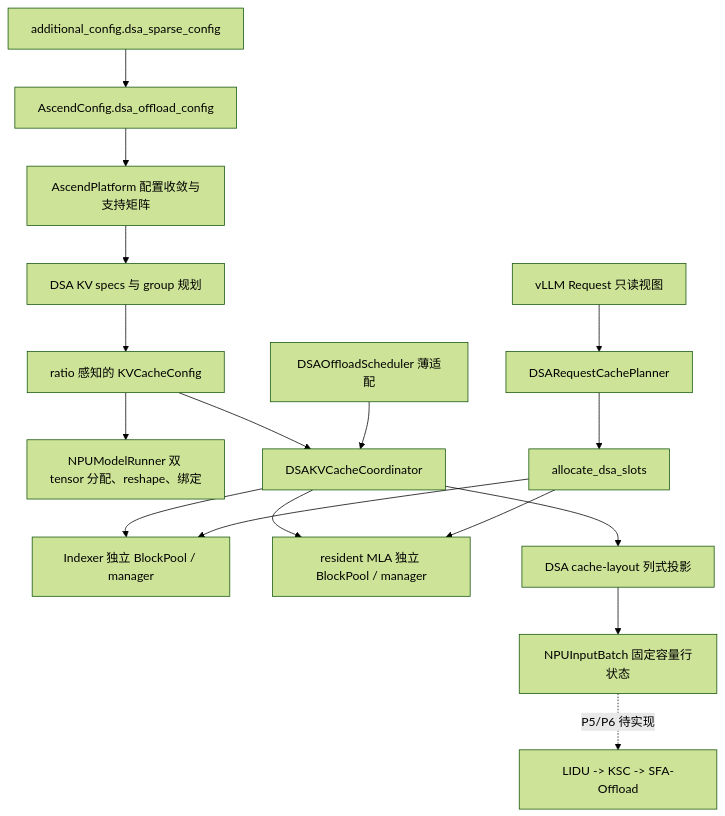
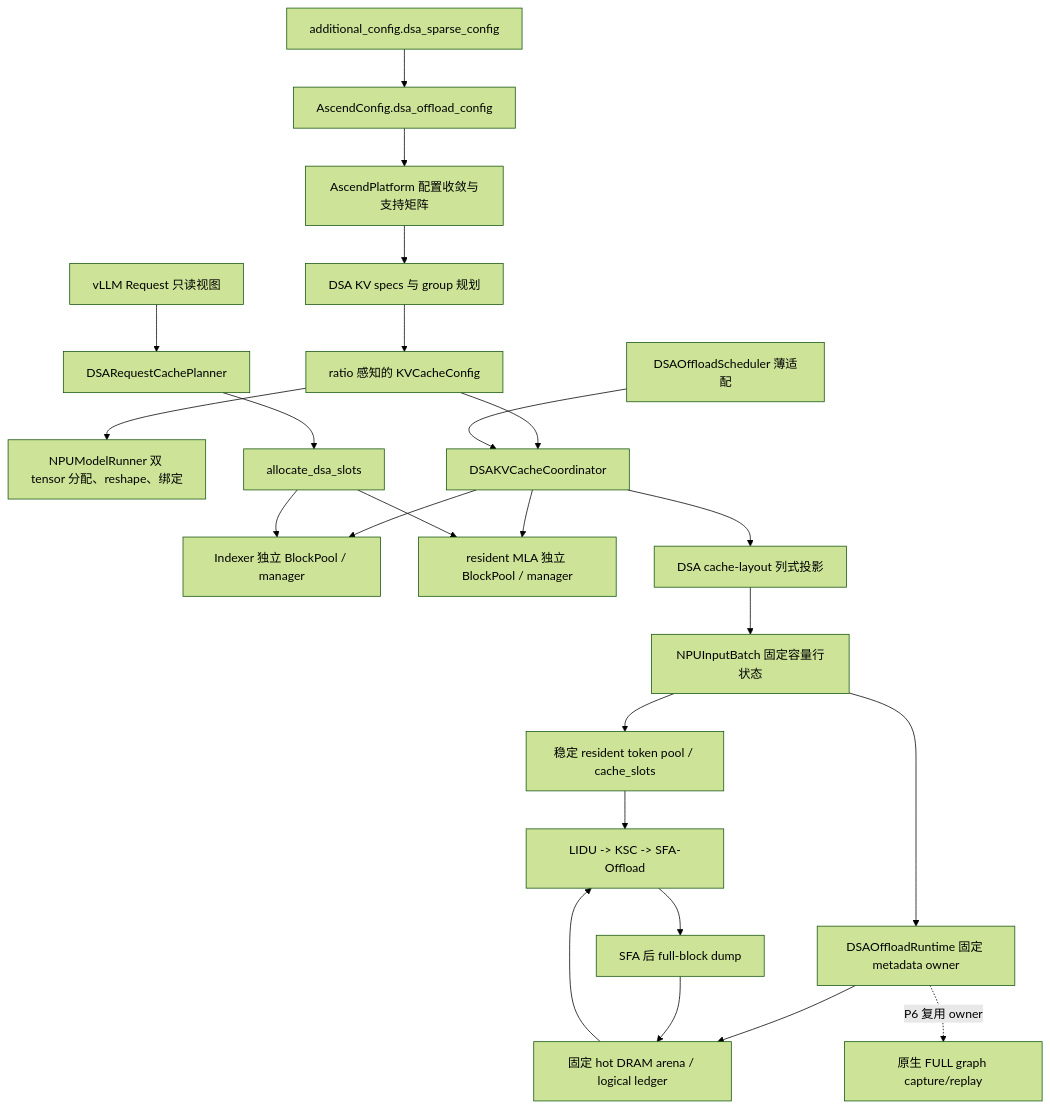
One commit to ader47/vllm-ascend changed the diagram in docs/source/developer_guide/Design_Documents/dsa_offload_design.md. Above: the diagram before and after it, drawn with Mermaid (forest theme). The commit also changed other lines of this file and 65 other files, not shown here.

Commit message:
eager 数据面已经包括： 稳定 resident pool 和逐层 cache_slots 固定容量 DRAM arena 与逻辑块账本 Indexer/MLA 独立 slot mapping 整 batch 的 LIDU → KSC → SFA-Offload 同 stream 满块 dump DENSE/ENTER/SPARSE 任意混排，不做 Python 子 batch 拆分 disabled 路径保持原生行为

````diff
--- a/docs/source/developer_guide/Design_Documents/dsa_offload_design.md
+++ b/docs/source/developer_guide/Design_Documents/dsa_offload_design.md
@@ -57,19 +59,26 @@
 ```mermaid
 flowchart TB
     CFG["additional_config.dsa_sparse_config"] --> AC["AscendConfig.dsa_offload_config"]
     AC --> PLATFORM["AscendPlatform 配置收敛与支持矩阵"]
     PLATFORM --> SPEC["DSA KV specs 与 group 规划"]
     SPEC --> CACHECFG["ratio 感知的 KVCacheConfig"]
     CACHECFG --> WORKER["NPUModelRunner 双 tensor 分配、reshape、绑定"]
     CACHECFG --> COORD["DSAKVCacheCoordinator"]
     COORD --> IDX["Indexer 独立 BlockPool / manager"]
     COORD --> MLA["resident MLA 独立 BlockPool / manager"]
     REQ["vLLM Request 只读视图"] --> PLAN["DSARequestCachePlanner"]
     PLAN --> ALLOC["allocate_dsa_slots"]
     ALLOC --> IDX
     ALLOC --> MLA
     SCHED["DSAOffloadScheduler 薄适配"] --> COORD
     COORD --> PROJECTION["DSA cache-layout 列式投影"]
     PROJECTION --> INPUT["NPUInputBatch 固定容量行状态"]
-    INPUT -. "P5/P6 待实现" .-> DATA["LIDU -> KSC -> SFA-Offload"]
+    INPUT --> POOL["稳定 resident token pool / cache_slots"]
+    INPUT --> RUNTIME["DSAOffloadRuntime 固定 metadata owner"]
+    RUNTIME --> DRAM["固定 hot DRAM arena / logical ledger"]
+    POOL --> DATA["LIDU -> KSC -> SFA-Offload"]
+    DRAM --> DATA
+    DATA --> DUMP["SFA 后 full-block dump"]
+    DUMP --> DRAM
+    RUNTIME -. "P6 复用 owner" .-> GRAPH["原生 FULL graph capture/replay"]
 ```
````
